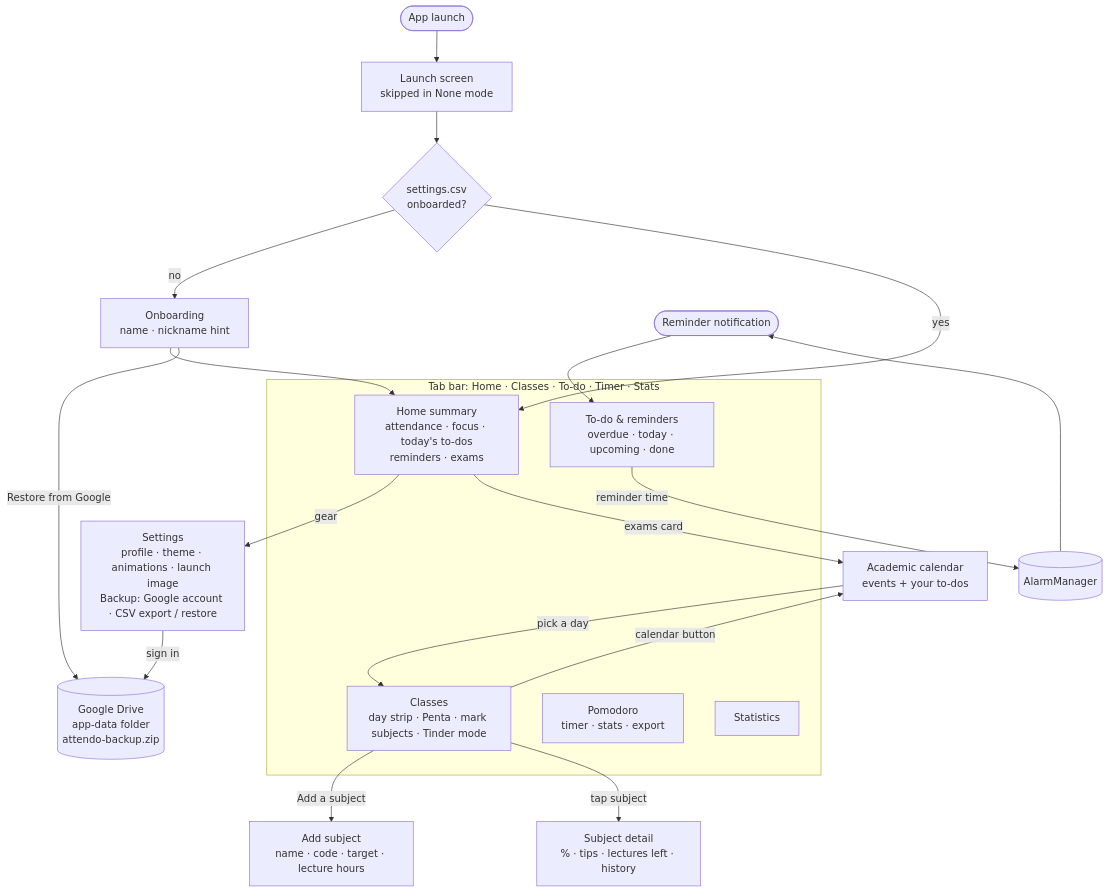
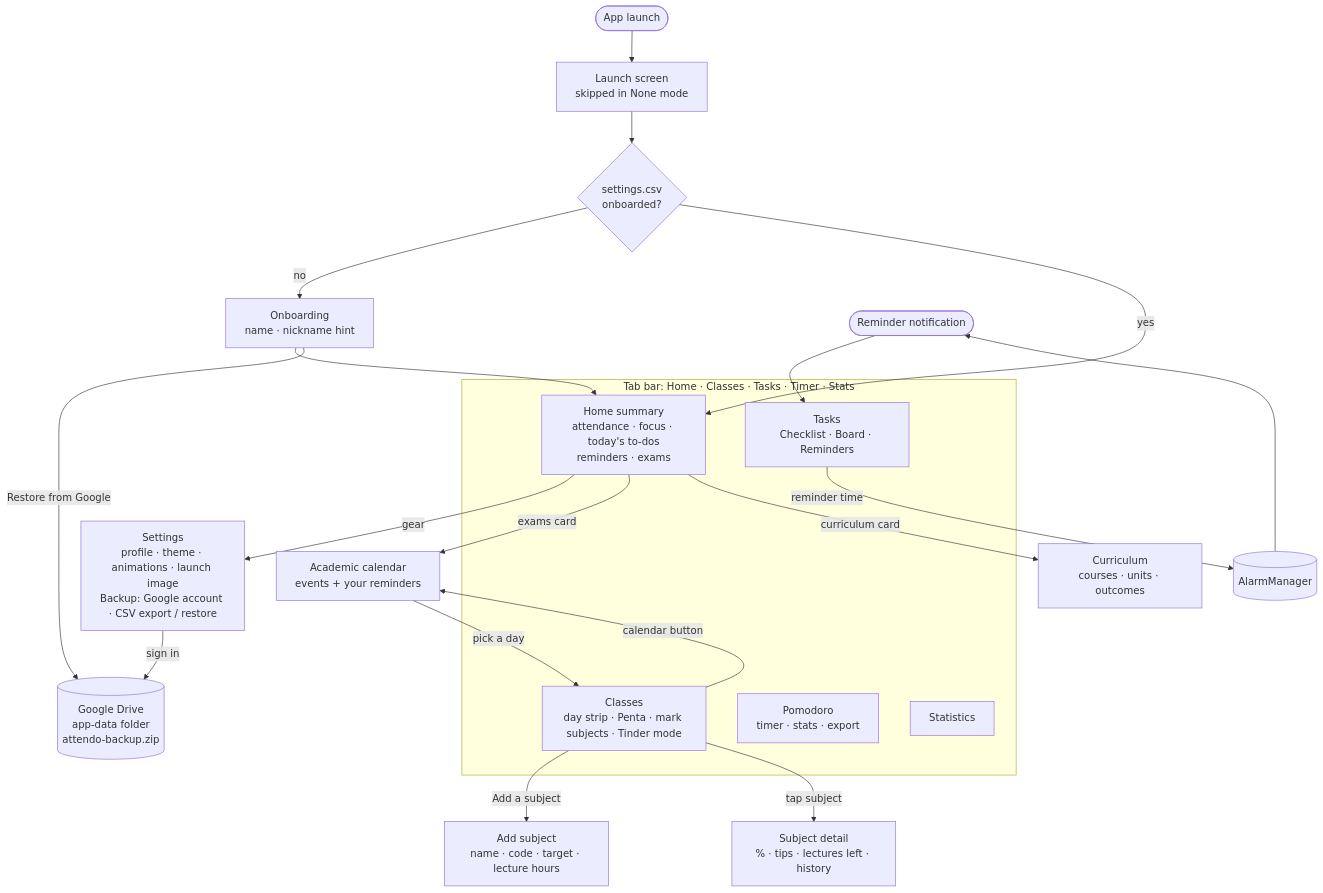
Before and after one commit to madhukarverma/attendo: the second of 3 diagrams in docs/FLOWCHART.md, drawn with Mermaid. The commit also changed other lines of this file and 20 other files, not shown here.

````diff
--- a/docs/FLOWCHART.md
+++ b/docs/FLOWCHART.md
@@ -28,26 +28,27 @@
 ```mermaid
 flowchart TD
     Launch([App launch]) --> Splash[Launch screen<br/>skipped in None mode]
     Splash --> Load{settings.csv<br/>onboarded?}
     Load -- no --> Onb[Onboarding<br/>name · nickname hint] --> Home
     Load -- yes --> Home
     Notif([Reminder notification]) --> Todo
 
-    subgraph Tabs["Tab bar: Home · Classes · To-do · Timer · Stats"]
+    subgraph Tabs["Tab bar: Home · Classes · Tasks · Timer · Stats"]
         Home[Home summary<br/>attendance · focus · today's to-dos<br/>reminders · exams]
         Classes[Classes<br/>day strip · Penta · mark subjects · Tinder mode]
-        Todo[To-do & reminders<br/>overdue · today · upcoming · done]
+        Todo[Tasks<br/>Checklist · Board · Reminders]
         Timer[Pomodoro<br/>timer · stats · export]
         Stats[Statistics]
     end
 
     Home -- gear --> Settings[Settings<br/>profile · theme · animations · launch image<br/>Backup: Google account · CSV export / restore]
     Settings -- sign in --> Drive[(Google Drive<br/>app-data folder<br/>attendo-backup.zip)]
     Onb -- Restore from Google --> Drive
-    Home -- exams card --> Cal[Academic calendar<br/>events + your to-dos]
+    Home -- exams card --> Cal[Academic calendar<br/>events + your reminders]
+    Home -- curriculum card --> Cur[Curriculum<br/>courses · units · outcomes]
     Classes -- calendar button --> Cal
     Cal -- pick a day --> Classes
     Classes -- Add a subject --> Add[Add subject<br/>name · code · target · lecture hours]
     Classes -- tap subject --> Detail[Subject detail<br/>% · tips · lectures left · history]
     Todo -- reminder time --> Alarm[(AlarmManager)] --> Notif
 ```
````
